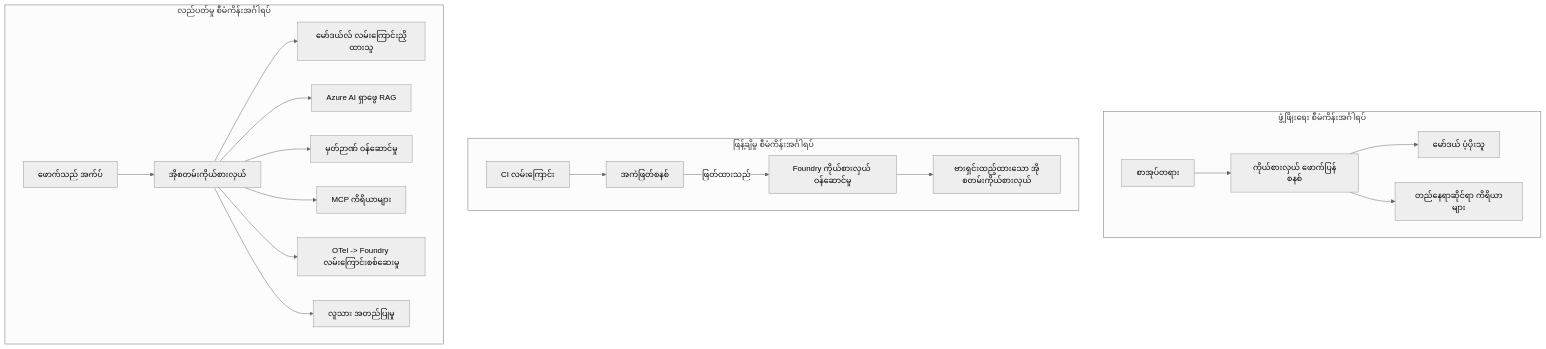
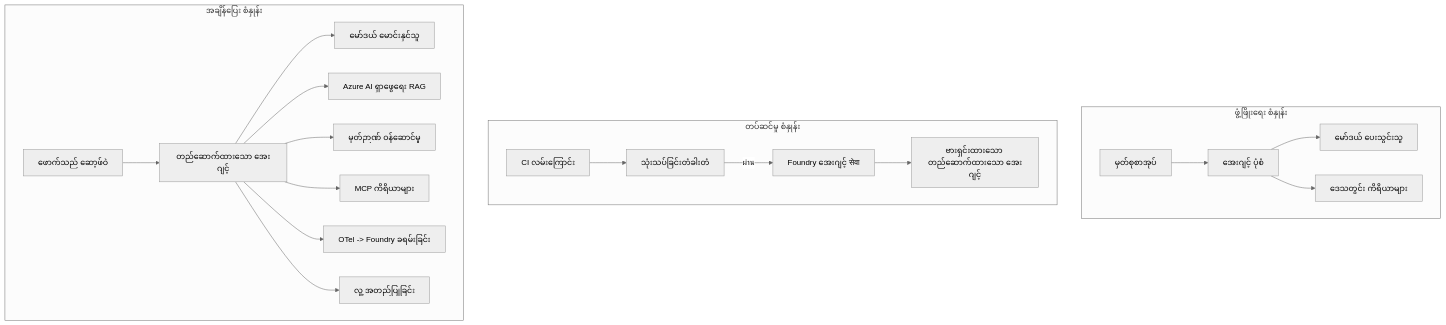
One commit to gabrielmoreira/agent-skills-mirror changed the fourth of 4 diagrams in mirrors/repos/microsoft@ai-agents-for-beginners/translations/my/16-deploying-scalable-agents/README.md. Above: the diagram before and after it, drawn with Mermaid (neutral theme). The commit also changed other lines of this file and 4262 other files, not shown here.

````diff
--- a/mirrors/repos/microsoft@ai-agents-for-beginners/translations/my/16-deploying-scalable-agents/README.md
+++ b/mirrors/repos/microsoft@ai-agents-for-beginners/translations/my/16-deploying-scalable-agents/README.md
@@ -185,22 +185,22 @@
 ```mermaid
 flowchart TB
-    subgraph Dev[ဖွံ့ဖြိုးရေး စီမံကိန်းအင်္ဂါရပ်]
-        D1[စာအုပ်တရား] --> D2[ကိုယ်စားလှယ် ဖောက်ပြန်စနစ်]
-        D2 --> D3[မော်ဒယ် ပံ့ပိုးသူ]
-        D2 --> D4[တည်နေရာဆိုင်ရာ ကိရိယာများ]
+    subgraph Dev[ဖွံ့ဖြိုးရေး စံနှုန်း]
+        D1[မှတ်စုစာအုပ်] --> D2[အေးဂျင့် ပုံစံ]
+        D2 --> D3[မော်ဒယ် ပေးသွင်းသူ]
+        D2 --> D4[ဒေသတွင်း ကိရိယာများ]
     end
-    subgraph Deploy[ဖြန့်ချိမှု စီမံကိန်းအင်္ဂါရပ်]
-        E1[CI လမ်းကြောင်း] --> E2[အကဲဖြတ်စနစ်]
-        E2 -->|ဖြတ်ထားသည်| E3[Foundry ကိုယ်စားလှယ် ဝန်ဆောင်မှု]
-        E3 --> E4[ဗားရှင်းထည့်ထားသော အိုစတမ်းကိုယ်စားလှယ်]
+    subgraph Deploy[တပ်ဆင်မှု စံနှုန်း]
+        E1[CI လမ်းကြောင်း] --> E2[သုံးသပ်ခြင်းတံခါးတံ]
+        E2 -->|ผ่าน| E3[Foundry အေးဂျင့် सेवा]
+        E3 --> E4[ဗားရှင်းထားသော တည်ဆောက်ထားသော အေးဂျင့်]
     end
-    subgraph Run[လည်ပတ်မှု စီမံကိန်းအင်္ဂါရပ်]
-        F1[ဖောက်သည် အက်ပ်] --> F2[အိုစတမ်းကိုယ်စားလှယ်]
-        F2 --> F3[မော်ဒယ်လ် လမ်းကြောင်းညှိထားသူ]
-        F2 --> F4[Azure AI ရှာဖွေ RAG]
+    subgraph Run[အချိန်ပြေး စံနှုန်း]
+        F1[ဖောက်သည် ဆော့ဖ်ဝဲ] --> F2[တည်ဆောက်ထားသော အေးဂျင့်]
+        F2 --> F3[မော်ဒယ် မောင်းနှင်သူ]
+        F2 --> F4[Azure AI ရှာဖွေရေး RAG]
         F2 --> F5[မှတ်ဉာဏ် ဝန်ဆောင်မှု]
         F2 --> F6[MCP ကိရိယာများ]
-        F2 --> F7[OTel -> Foundry လမ်းကြောင်းစစ်ဆေးမှု]
-        F2 --> F8[လူသား အတည်ပြုမှု]
+        F2 --> F7[OTel -> Foundry ခရမ်းခြင်း]
+        F2 --> F8[လူ့ အတည်ပြုခြင်း]
     end
 ```
````
